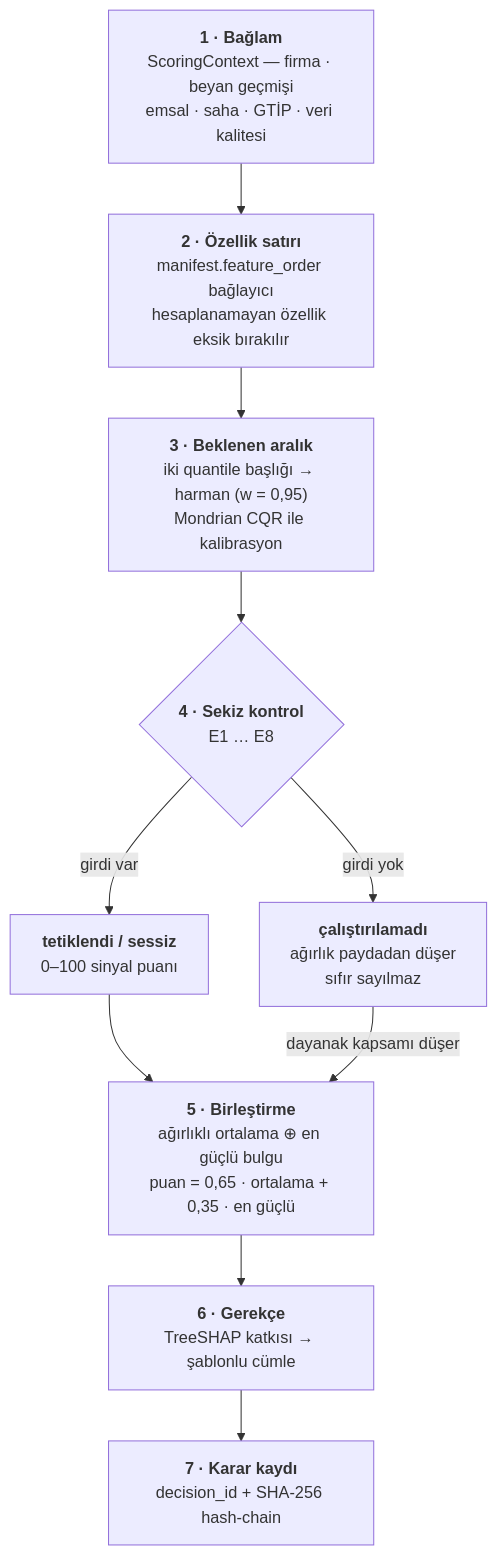
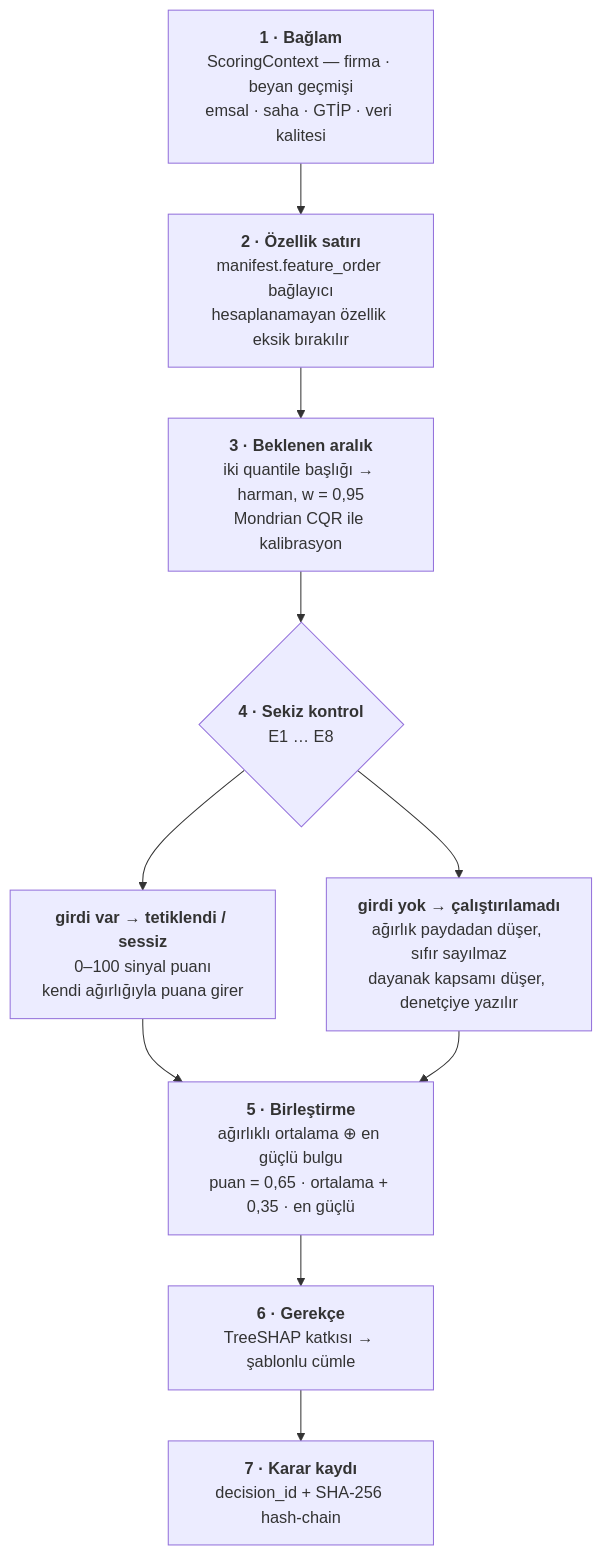
One commit to eminroot/sifiratik changed the diagram in README.md. Above: the diagram before and after it, drawn with Mermaid. The commit also changed 1 other file, not shown here.

Commit message:
Mermaid diyagramındaki kenar etiketlerini düğümlere taşı
GitHub diyagramı "Unable to render rich display — Could not find a suitable
point for the given distance" ile reddediyordu. Neden: README sütunu dar,
düğümler genişleyince F→G kenarı kısalıyor ve Mermaid o kenara "dayanak
kapsamı düşer" etiketini yerleştirecek bir nokta bulamıyor; tek bir kenar
hatası bütün diyagramı düşürüyor.

Yerelde beş varyantı mermaid 10.9.1, 11.4.1 ve 11.6.0 ile denedim; hepsi
geçti — hata yalnızca dar kapsayıcıda çıkıyor. Kenar etiketleri kaldırıldı,
"girdi var" ve "girdi yok" koşulları düğüm metnine alındı. Bilgi kaybı yok,
kırılgan kod yolu yok.

````diff
--- a/README.md
+++ b/README.md
@@ -298,19 +298,22 @@
 ```mermaid
 flowchart TD
     A["<b>1 · Bağlam</b><br/>ScoringContext — firma · beyan geçmişi<br/>emsal · saha · GTİP · veri kalitesi"]
     B["<b>2 · Özellik satırı</b><br/>manifest.feature_order bağlayıcı<br/>hesaplanamayan özellik eksik bırakılır"]
-    C["<b>3 · Beklenen aralık</b><br/>iki quantile başlığı → harman (w = 0,95)<br/>Mondrian CQR ile kalibrasyon"]
+    C["<b>3 · Beklenen aralık</b><br/>iki quantile başlığı → harman, w = 0,95<br/>Mondrian CQR ile kalibrasyon"]
     D{"<b>4 · Sekiz kontrol</b><br/>E1 … E8"}
-    E["<b>tetiklendi / sessiz</b><br/>0–100 sinyal puanı"]
-    F["<b>çalıştırılamadı</b><br/>ağırlık paydadan düşer<br/>sıfır sayılmaz"]
+    E["<b>girdi var → tetiklendi / sessiz</b><br/>0–100 sinyal puanı<br/>kendi ağırlığıyla puana girer"]
+    F["<b>girdi yok → çalıştırılamadı</b><br/>ağırlık paydadan düşer, sıfır sayılmaz<br/>dayanak kapsamı düşer, denetçiye yazılır"]
     G["<b>5 · Birleştirme</b><br/>ağırlıklı ortalama ⊕ en güçlü bulgu<br/>puan = 0,65 · ortalama + 0,35 · en güçlü"]
     H["<b>6 · Gerekçe</b><br/>TreeSHAP katkısı → şablonlu cümle"]
     I["<b>7 · Karar kaydı</b><br/>decision_id + SHA-256 hash-chain"]
 
-    A --> B --> C --> D
-    D -->|"girdi var"| E
-    D -->|"girdi yok"| F
+    A --> B
+    B --> C
+    C --> D
+    D --> E
+    D --> F
     E --> G
-    F -->|"dayanak kapsamı düşer"| G
-    G --> H --> I
+    F --> G
+    G --> H
+    H --> I
 ```
````
